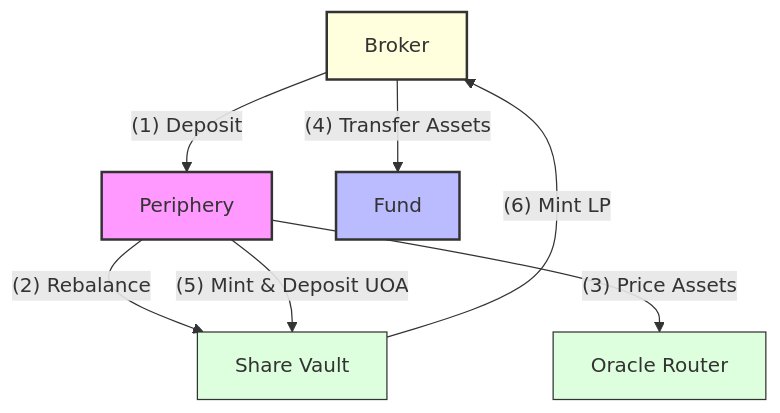
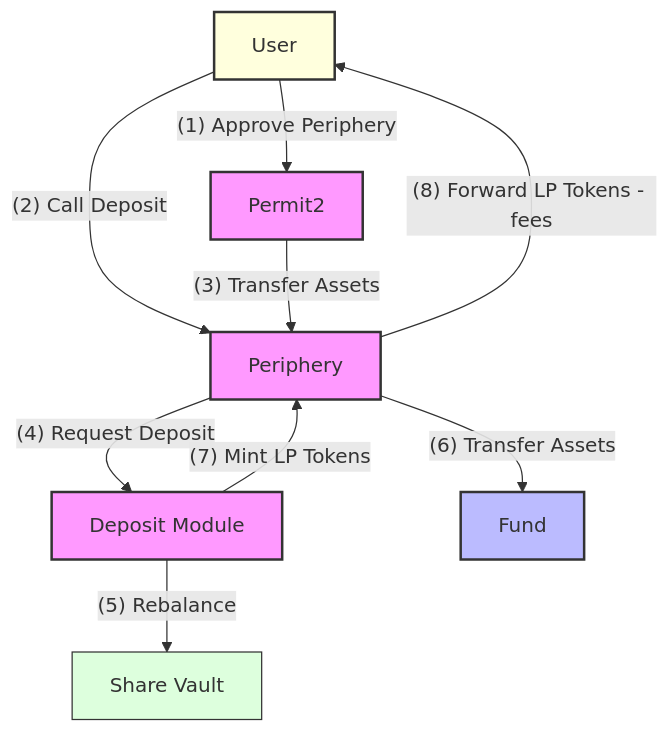
One commit to DAMM-Cap/DAMM-Documentation changed the first of 2 diagrams in docs/toolkit/deposit_module.md. Above: the diagram before and after it, drawn with Mermaid. The commit also changed other lines of this file and 2 other files, not shown here.

````diff
--- a/docs/toolkit/deposit_module.md
+++ b/docs/toolkit/deposit_module.md
@@ -111,25 +168,25 @@
 ```mermaid
 graph TD
     %% Actors
-    B[Broker] -->|"(1) Deposit"| P[Periphery]
+    U[User] -->|"(1) Approve Periphery"| P2[Permit2]
+    U -->|"(2) Call Deposit"| P[Periphery]
     
     %% Core Flow
-    P -->|"(2) Rebalance"| SV[Share Vault]
-    P -->|"(3) Price Assets"| OR[Oracle Router]
-    B -->|"(4) Transfer Assets"| F[Fund]
-    P -->|"(5) Mint & Deposit UOA"| SV
-    
-    %% Token Flow
-    SV -->|"(6) Mint LP"| B
+    P2 -->|"(3) Transfer Assets"| P
+    P -->|"(4) Request Deposit"| DM[Deposit Module]
+    DM -->|"(5) Rebalance"| SV[Share Vault]
+    P -->|"(6) Transfer Assets"| F[Fund]
+    DM -->|"(7) Mint LP Tokens"| P
+    P -->|"(8) Forward LP Tokens - fees"| U
     
     %% Styling
     classDef user fill:#ffd,stroke:#333,stroke-width:2px
     classDef module fill:#f9f,stroke:#333,stroke-width:2px
     classDef component fill:#dfd,stroke:#333,stroke-width:1px
     classDef fund fill:#bbf,stroke:#333,stroke-width:2px
     
-    class B user;
-    class P module;
-    class OR,UOA,SV component;
+    class U user;
+    class P,DM,P2 module;
+    class SV component;
     class F fund;
 ```
````
